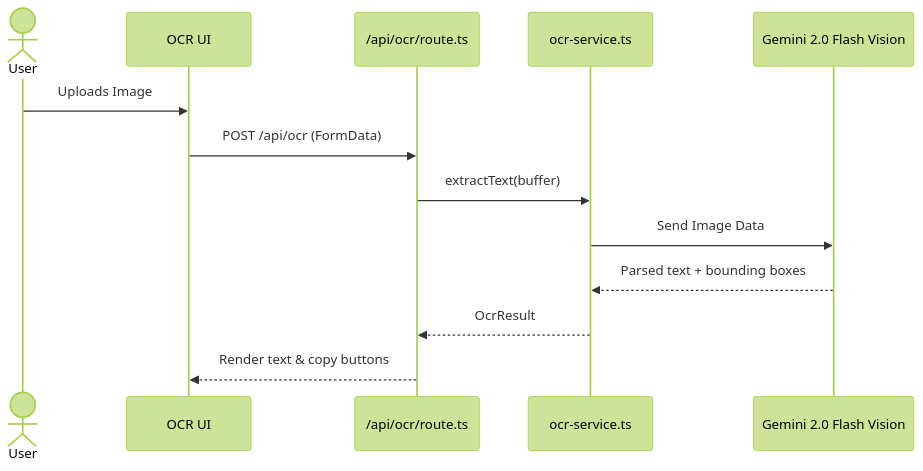
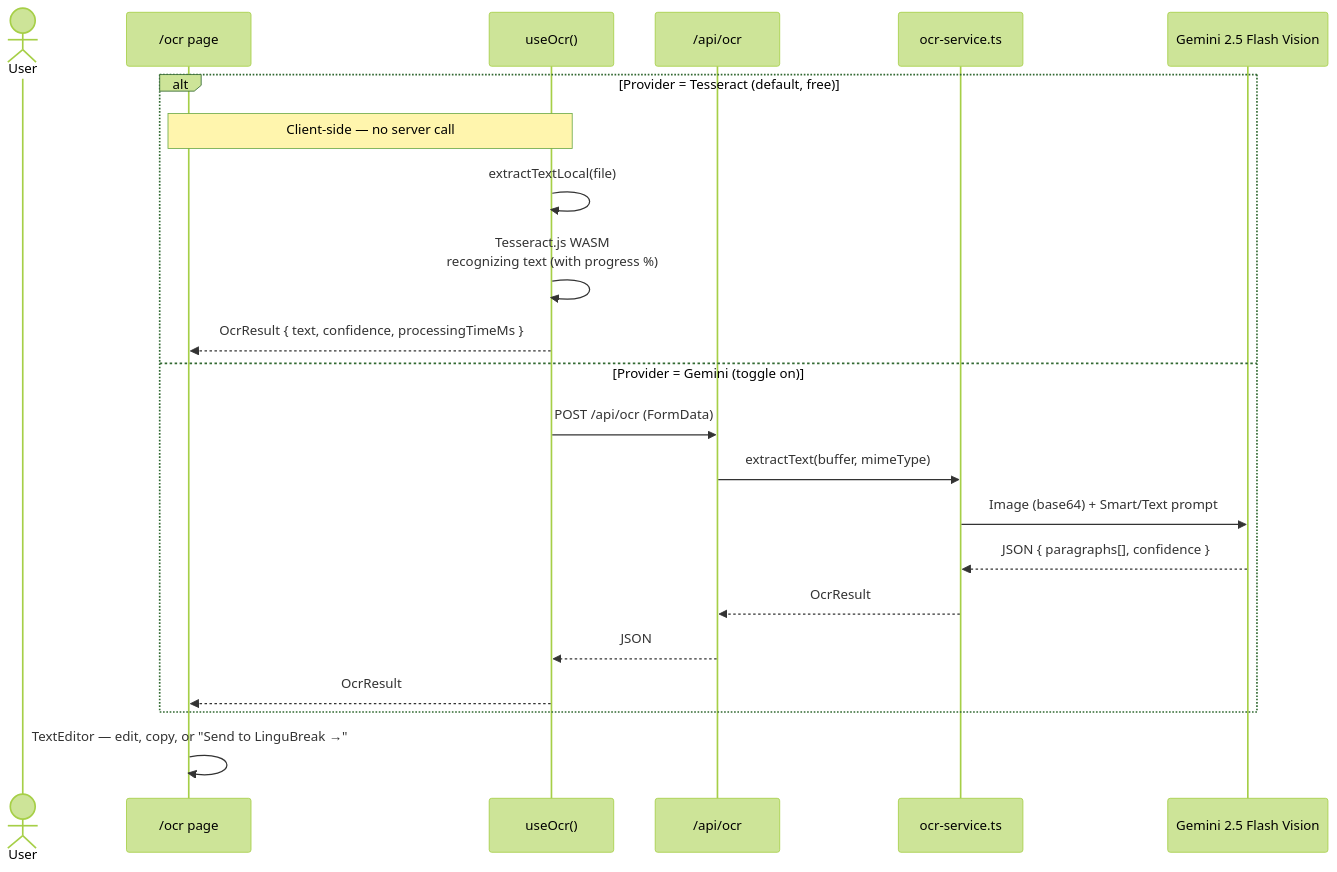
Before and after one commit to IckeNount/caffeine: the third of 9 diagrams in docs/system_design.md, drawn with Mermaid (forest theme). The commit also changed other lines of this file and 48 other files, not shown here.

Commit message:
feat: Add authentication, admin dashboard, and scalable architecture

````diff
--- a/docs/system_design.md
+++ b/docs/system_design.md
@@ -99,16 +181,26 @@
 ```mermaid
 sequenceDiagram
     actor User
-    participant UI as OCR UI
-    participant API as /api/ocr/route.ts
-    participant Engine as ocr-service.ts
-    participant LLM as Gemini 2.0 Flash Vision
+    participant UI as /ocr page
+    participant Hook as useOcr()
 
-    User->>UI: Uploads Image
-    UI->>API: POST /api/ocr (FormData)
-    API->>Engine: extractText(buffer)
-    Engine->>LLM: Send Image Data
-    LLM-->>Engine: Parsed text + bounding boxes
-    Engine-->>API: OcrResult
-    API-->>UI: Render text & copy buttons
+    alt Provider = Tesseract (default, free)
+        Note over UI,Hook: Client-side — no server call
+        Hook->>Hook: extractTextLocal(file)
+        Hook->>Hook: Tesseract.js WASM<br/>recognizing text (with progress %)
+        Hook-->>UI: OcrResult { text, confidence, processingTimeMs }
+    else Provider = Gemini (toggle on)
+        Hook->>API: POST /api/ocr (FormData)
+        participant API as /api/ocr
+        participant Svc as ocr-service.ts
+        participant LLM as Gemini 2.5 Flash Vision
+        API->>Svc: extractText(buffer, mimeType)
+        Svc->>LLM: Image (base64) + Smart/Text prompt
+        LLM-->>Svc: JSON { paragraphs[], confidence }
+        Svc-->>API: OcrResult
+        API-->>Hook: JSON
+        Hook-->>UI: OcrResult
+    end
+
+    UI->>UI: TextEditor — edit, copy, or "Send to LinguBreak →"
 ```
````
